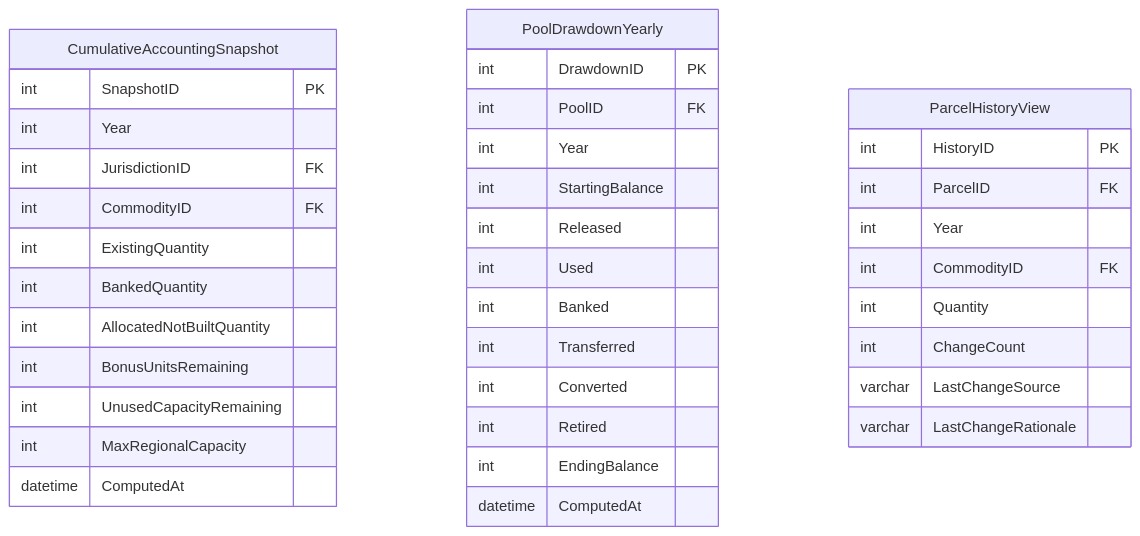
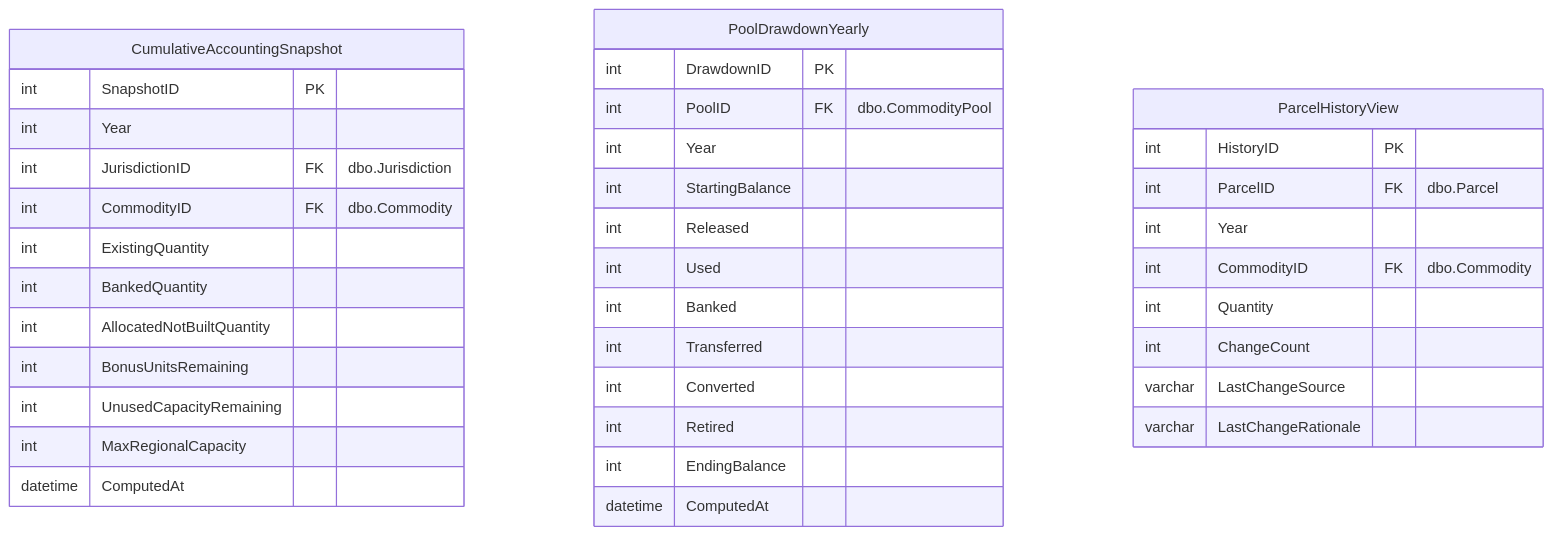
The fourth of 4 diagrams in erd/target_schema.md (trpa-agency/Reporting), drawn with Mermaid before and after one commit. The commit also changed other lines of this file and 1 other file, not shown here.

````diff
--- a/erd/target_schema.md
+++ b/erd/target_schema.md
@@ -317,40 +327,40 @@
 ```mermaid
 erDiagram
     CumulativeAccountingSnapshot {
         int SnapshotID PK
         int Year
-        int JurisdictionID FK
-        int CommodityID FK
+        int JurisdictionID FK "dbo.Jurisdiction"
+        int CommodityID FK "dbo.Commodity"
         int ExistingQuantity
         int BankedQuantity
         int AllocatedNotBuiltQuantity
         int BonusUnitsRemaining
         int UnusedCapacityRemaining
         int MaxRegionalCapacity
         datetime ComputedAt
     }
     PoolDrawdownYearly {
         int DrawdownID PK
-        int PoolID FK
+        int PoolID FK "dbo.CommodityPool"
         int Year
         int StartingBalance
         int Released
         int Used
         int Banked
         int Transferred
         int Converted
         int Retired
         int EndingBalance
         datetime ComputedAt
     }
     ParcelHistoryView {
         int HistoryID PK
-        int ParcelID FK
+        int ParcelID FK "dbo.Parcel"
         int Year
-        int CommodityID FK
+        int CommodityID FK "dbo.Commodity"
         int Quantity
         int ChangeCount
         varchar LastChangeSource
         varchar LastChangeRationale
     }
 ```
````
